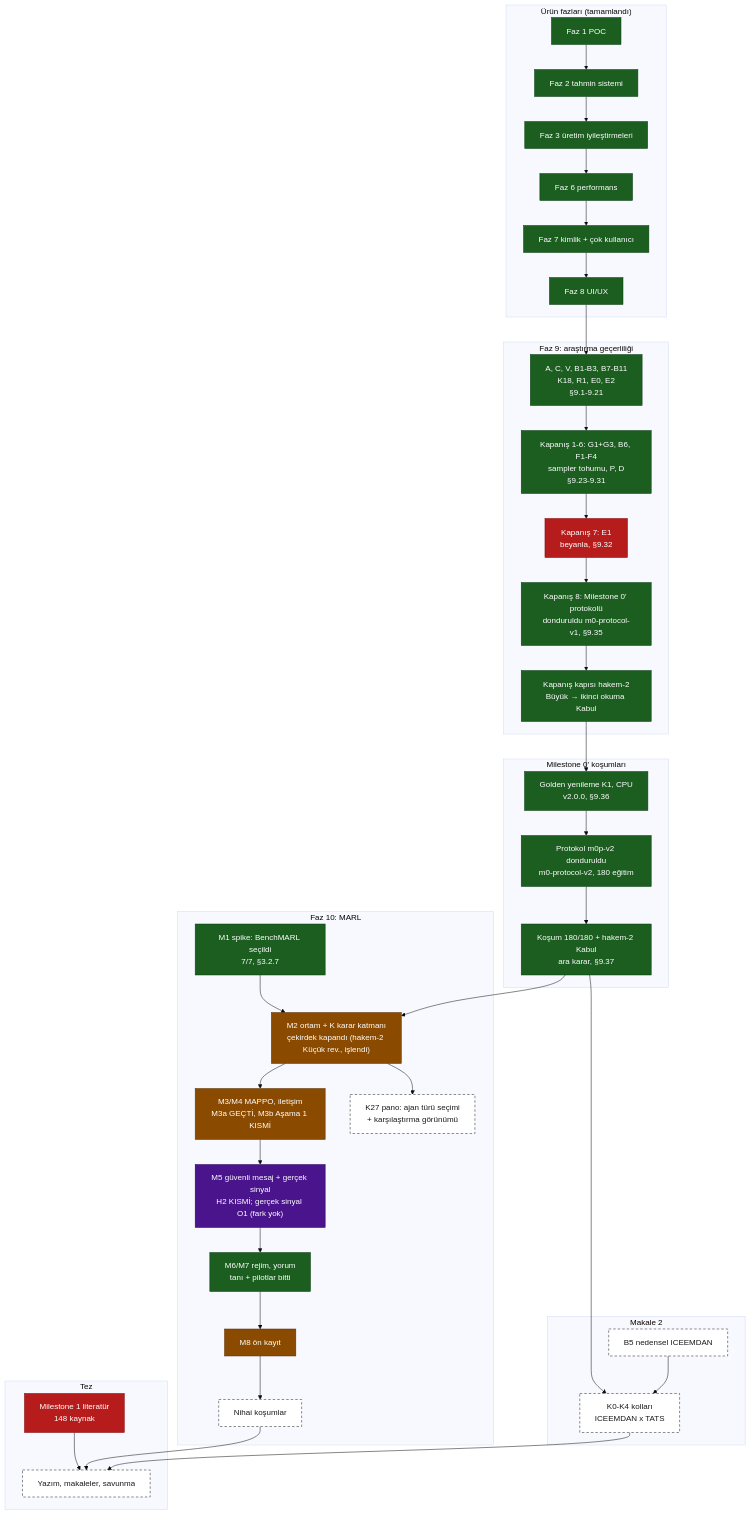
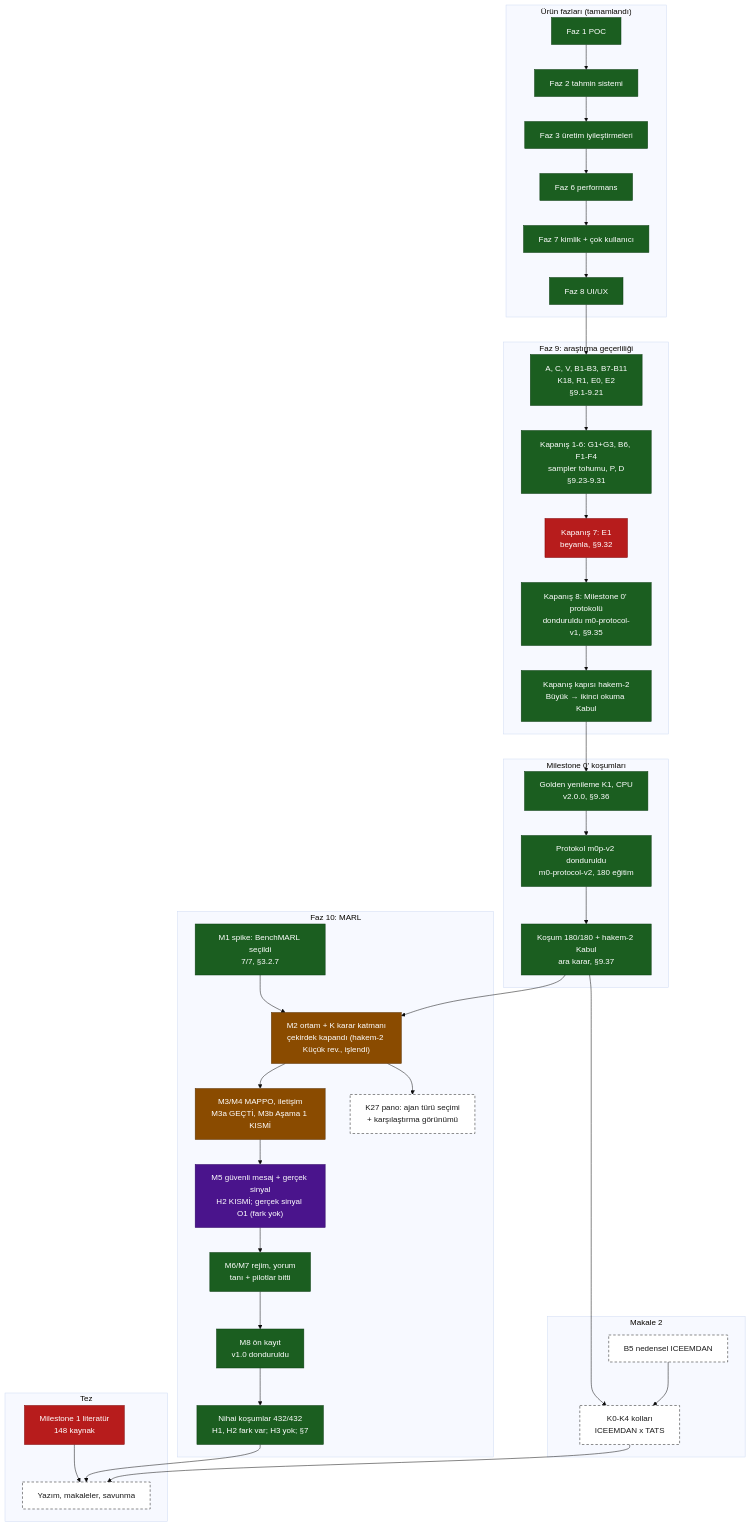
The second of 2 diagrams in docs/development/system-map.md (softdevcan/RL-Trading-Project), drawn with Mermaid (base theme) before and after one commit. The commit also changed other lines of this file and 3 other files, not shown here.

````diff
--- a/docs/development/system-map.md
+++ b/docs/development/system-map.md
@@ -112,63 +112,63 @@
 ```mermaid
 flowchart TB
   classDef done fill:#1b5e20,stroke:#0b3d10,color:#ffffff
   classDef partial fill:#b71c1c,stroke:#7f0000,color:#ffffff
   classDef active fill:#8a4b00,stroke:#5a3000,color:#ffffff
   classDef decision fill:#4a148c,stroke:#2a0060,color:#ffffff
   classDef planned fill:#ffffff,stroke:#1a1a1a,stroke-dasharray:5 4,color:#1a1a1a
 
   subgraph URUN["Ürün fazları (tamamlandı)"]
     F1["Faz 1 POC"]:::done
     F2["Faz 2 tahmin sistemi"]:::done
     F3["Faz 3 üretim iyileştirmeleri"]:::done
     F6["Faz 6 performans"]:::done
     F7["Faz 7 kimlik + çok kullanıcı"]:::done
     F8["Faz 8 UI/UX"]:::done
   end
 
   subgraph F9["Faz 9: araştırma geçerliliği"]
     P9A["A, C, V, B1-B3, B7-B11<br/>K18, R1, E0, E2<br/>§9.1-9.21"]:::done
     P9B["Kapanış 1-6: G1+G3, B6, F1-F4<br/>sampler tohumu, P, D<br/>§9.23-9.31"]:::done
     P9E["Kapanış 7: E1<br/>beyanla, §9.32"]:::partial
     P9M["Kapanış 8: Milestone 0' protokolü<br/>donduruldu m0-protocol-v1, §9.35"]:::done
     H2["Kapanış kapısı hakem-2<br/>Büyük → ikinci okuma Kabul"]:::done
   end
 
   subgraph M0["Milestone 0' koşumları"]
     GOLD["Golden yenileme K1, CPU<br/>v2.0.0, §9.36"]:::done
     PRE["Protokol m0p-v2 donduruldu<br/>m0-protocol-v2, 180 eğitim"]:::done
     FIN["Koşum 180/180 + hakem-2 Kabul<br/>ara karar, §9.37"]:::done
   end
 
   subgraph M2P["Makale 2"]
     B5["B5 nedensel ICEEMDAN"]:::planned
     K0K4["K0-K4 kolları<br/>ICEEMDAN x TATS"]:::planned
   end
 
   subgraph F10["Faz 10: MARL"]
     M1["M1 spike: BenchMARL seçildi<br/>7/7, §3.2.7"]:::done
     M2["M2 ortam + K karar katmanı<br/>çekirdek kapandı (hakem-2 Küçük rev., işlendi)"]:::active
     M34["M3/M4 MAPPO, iletişim<br/>M3a GEÇTİ, M3b Aşama 1 KISMİ"]:::active
     M5["M5 güvenli mesaj + gerçek sinyal<br/>H2 KISMİ; gerçek sinyal O1 (fark yok)"]:::decision
     M67["M6/M7 rejim, yorum<br/>tanı + pilotlar bitti"]:::done
-    M8["M8 ön kayıt"]:::active
-    FINAL["Nihai koşumlar"]:::planned
+    M8["M8 ön kayıt<br/>v1.0 donduruldu"]:::done
+    FINAL["Nihai koşumlar 432/432<br/>H1, H2 fark var; H3 yok; §7"]:::done
     K27["K27 pano: ajan türü seçimi<br/>+ karşılaştırma görünümü"]:::planned
   end
 
   subgraph TEZ["Tez"]
     T1["Milestone 1 literatür<br/>148 kaynak"]:::partial
     T4["Yazım, makaleler, savunma"]:::planned
   end
 
   F1 --> F2 --> F3 --> F6 --> F7 --> F8 --> P9A --> P9B --> P9E --> P9M --> H2
   H2 --> GOLD --> PRE --> FIN
   FIN --> K0K4
   B5 --> K0K4
   M1 --> M2
   FIN --> M2 --> M34 --> M5 --> M67 --> M8 --> FINAL
   M2 --> K27
   T1 --> T4
   FINAL --> T4
   K0K4 --> T4
 ```
````
